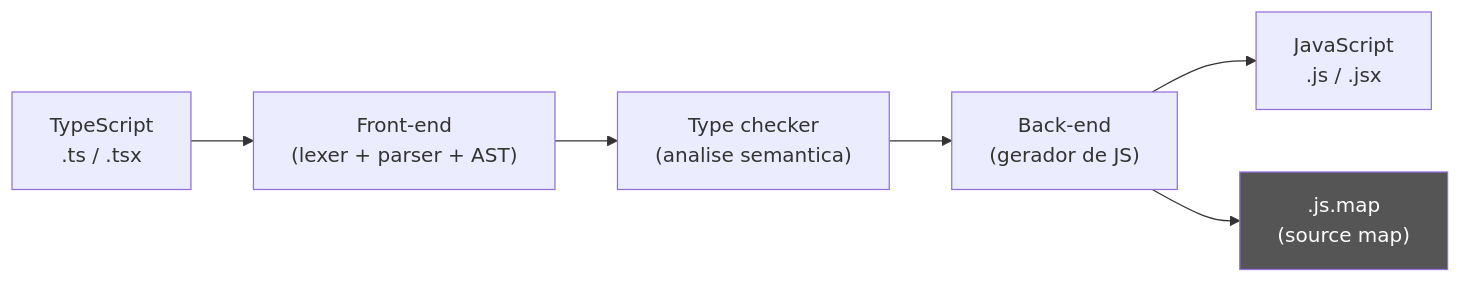
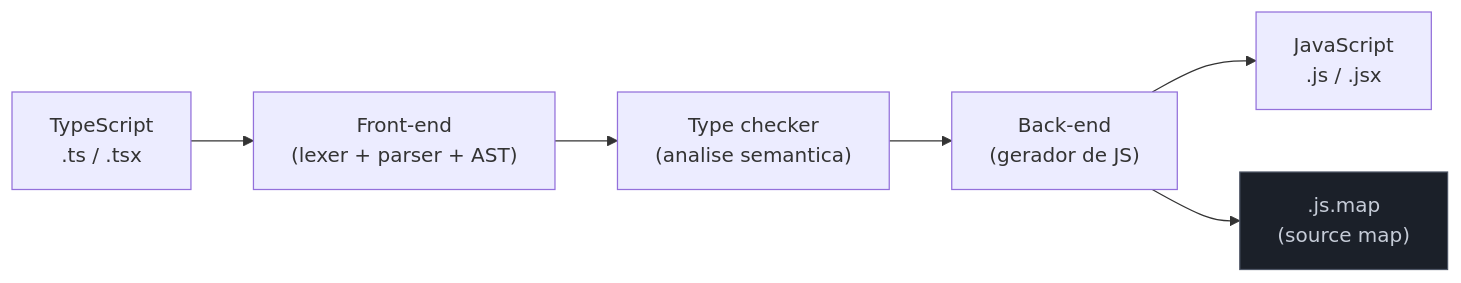
One commit to josenaldo/codex-technomanticus changed the third of 6 diagrams in 03-Dominios/Ciência/Compiladores e Linguagens/18 - Capstone - compiladores na vida do dev.md. Above: the diagram before and after it, drawn with Mermaid. The commit also changed 1181 other files, not shown here.

First line of the commit message:
fix(diagramas): paleta do sistema no lugar de cor cravada no markdown

````diff
--- a/03-Dominios/Ciência/Compiladores e Linguagens/18 - Capstone - compiladores na vida do dev.md
+++ b/03-Dominios/Ciência/Compiladores e Linguagens/18 - Capstone - compiladores na vida do dev.md
@@ -246,15 +246,16 @@
 ```mermaid
 flowchart LR
+    classDef neutro fill:#1B2029,stroke:#4E5666,color:#C6CCD8
     TS["TypeScript\n.ts / .tsx"]
     Parse["Front-end\n(lexer + parser + AST)"]
     Check["Type checker\n(analise semantica)"]
     Emit["Back-end\n(gerador de JS)"]
     JS["JavaScript\n.js / .jsx"]
     Map[".js.map\n(source map)"]
 
     TS --> Parse --> Check --> Emit
     Emit --> JS
     Emit --> Map
 
-    style Map fill:#555,color:#fff
+    class Map neutro
 ```
````
